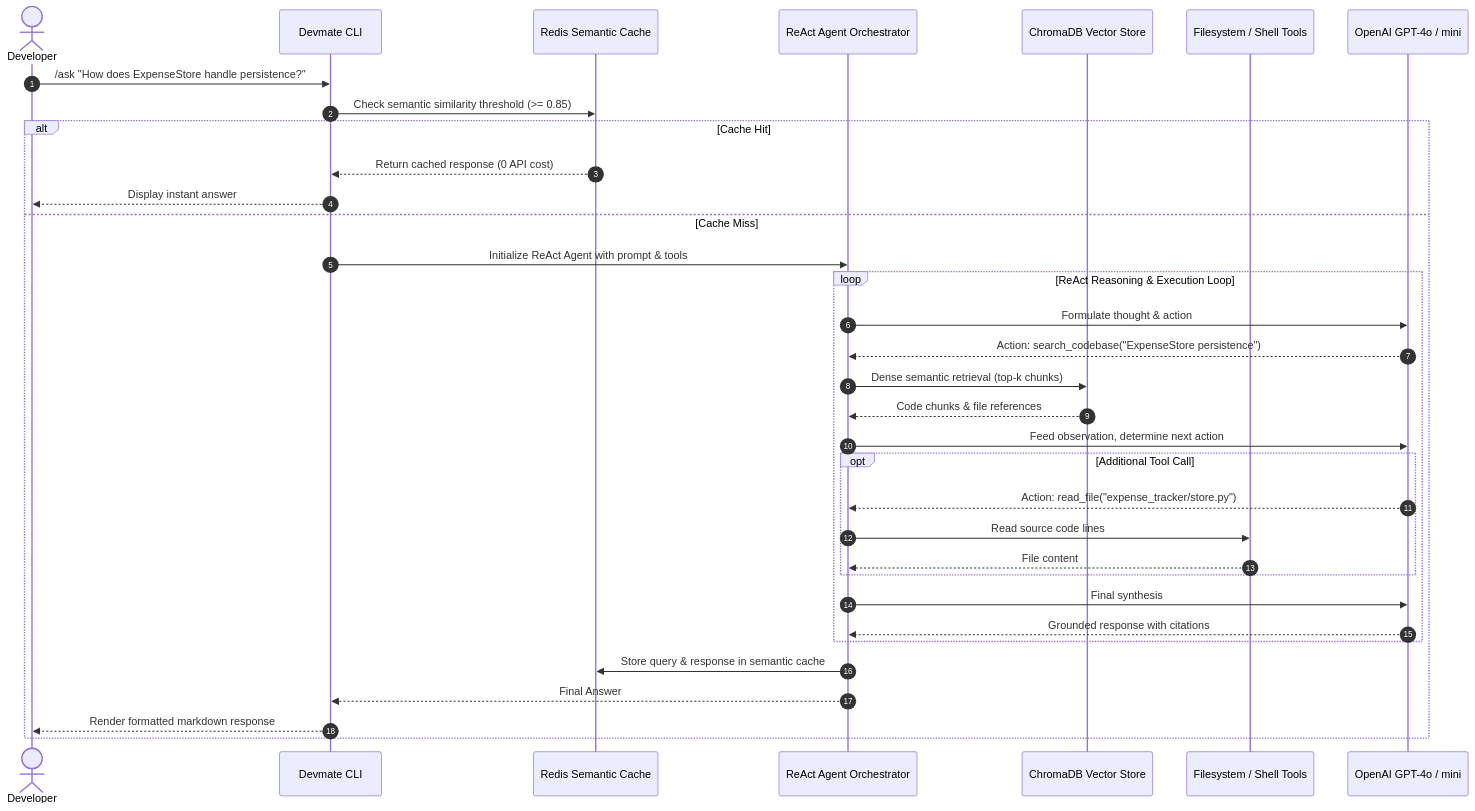
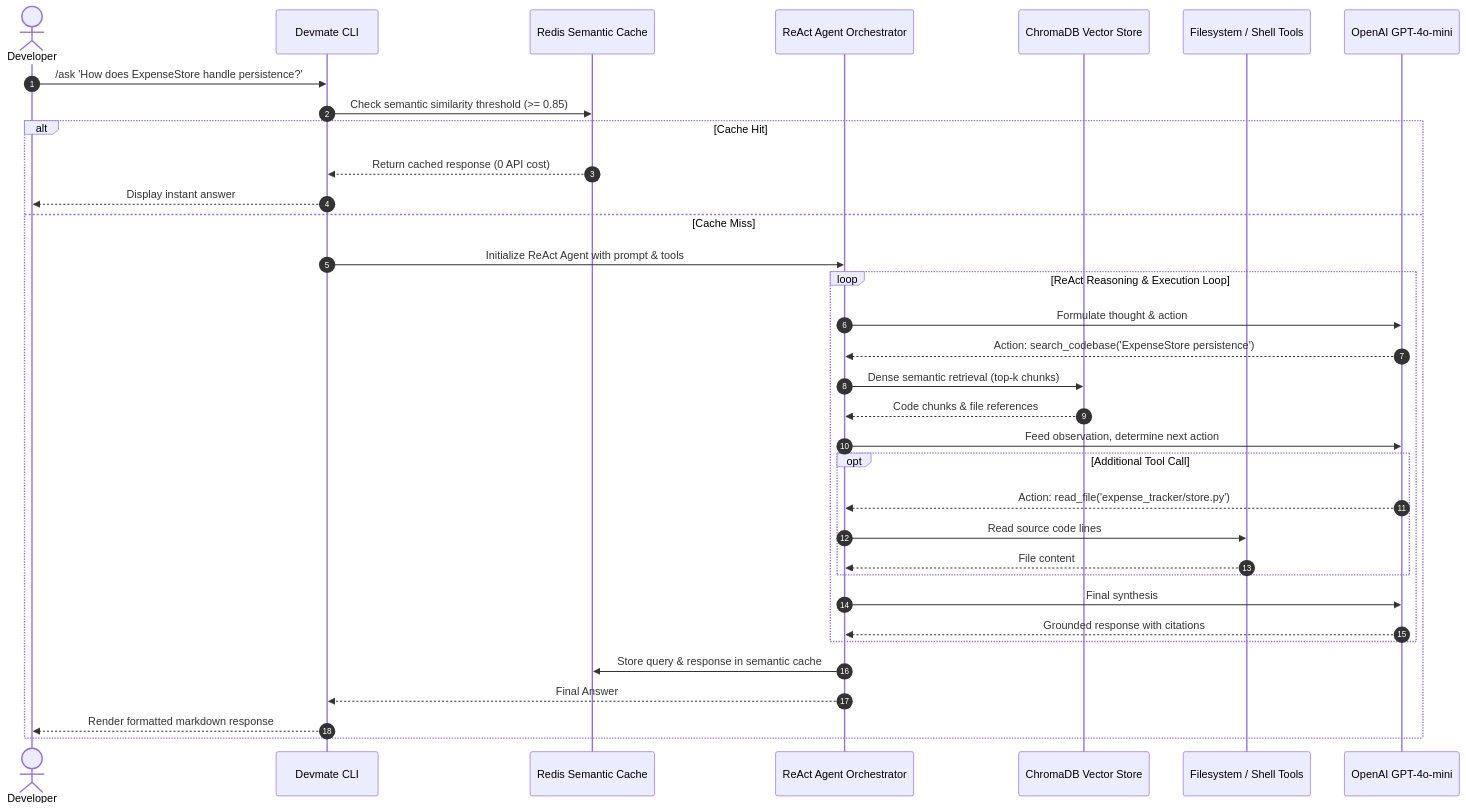
One commit to SudeepKagi/devmate changed the second of 5 diagrams in README.md. Above: the diagram before and after it, drawn with Mermaid. The commit also changed other lines of this file, not shown here.

Commit message:
Fix Mermaid diagram lexical syntax for GitHub rendering

````diff
--- a/README.md
+++ b/README.md
@@ -91,37 +91,37 @@
 ```mermaid
 sequenceDiagram
     autonumber
     actor User as Developer
     participant CLI as Devmate CLI
     participant Cache as Redis Semantic Cache
     participant Agent as ReAct Agent Orchestrator
     participant Retriever as ChromaDB Vector Store
     participant Tools as Filesystem / Shell Tools
-    participant LLM as OpenAI GPT-4o / mini
+    participant LLM as OpenAI GPT-4o-mini
 
-    User->>CLI: /ask "How does ExpenseStore handle persistence?"
+    User->>CLI: /ask 'How does ExpenseStore handle persistence?'
     CLI->>Cache: Check semantic similarity threshold (>= 0.85)
     alt Cache Hit
         Cache-->>CLI: Return cached response (0 API cost)
         CLI-->>User: Display instant answer
     else Cache Miss
         CLI->>Agent: Initialize ReAct Agent with prompt & tools
         loop ReAct Reasoning & Execution Loop
             Agent->>LLM: Formulate thought & action
-            LLM-->>Agent: Action: search_codebase("ExpenseStore persistence")
+            LLM-->>Agent: Action: search_codebase('ExpenseStore persistence')
             Agent->>Retriever: Dense semantic retrieval (top-k chunks)
             Retriever-->>Agent: Code chunks & file references
             Agent->>LLM: Feed observation, determine next action
             opt Additional Tool Call
-                LLM-->>Agent: Action: read_file("expense_tracker/store.py")
+                LLM-->>Agent: Action: read_file('expense_tracker/store.py')
                 Agent->>Tools: Read source code lines
                 Tools-->>Agent: File content
             end
             Agent->>LLM: Final synthesis
             LLM-->>Agent: Grounded response with citations
         end
         Agent->>Cache: Store query & response in semantic cache
         Agent-->>CLI: Final Answer
         CLI-->>User: Render formatted markdown response
     end
 ```
````
